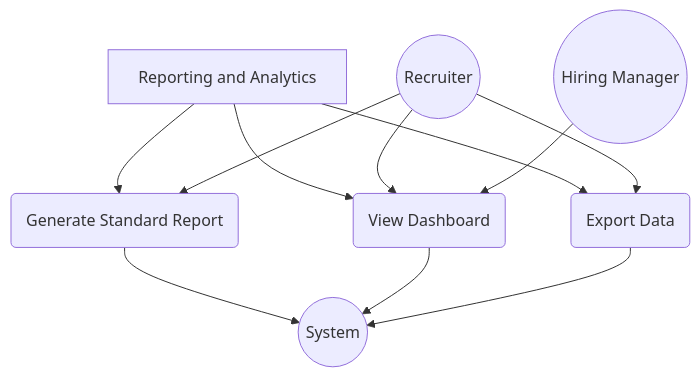
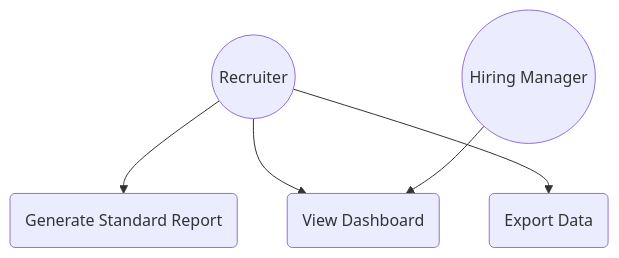
Before and after one commit to rgarciademarina/AI4Devs-design-rgm: the ninth of 26 diagrams in LTI-JACA/LTI-JACA.md, drawn with Mermaid. The commit also changed other lines of this file and 1 other file, not shown here.

Commit message:
Improve diagrams after feedback provided in class to make them more consistent

````diff
--- a/LTI-JACA/LTI-JACA.md
+++ b/LTI-JACA/LTI-JACA.md
@@ -666,16 +599,7 @@
 ```mermaid
 graph TD
-    A[Reporting and Analytics]
-    A --> B(Generate Standard Report)
-    A --> C(View Dashboard)
-    A --> D(Export Data)
-    
-    B --> E((System))
-    C --> E
-    D --> E
-    
-    F((Recruiter)) --> B
-    F --> C
-    F --> D
+    F((Recruiter)) --> B(Generate Standard Report)
+    F --> C(View Dashboard)
+    F --> D(Export Data)
     G((Hiring Manager)) --> C
 ```
````
